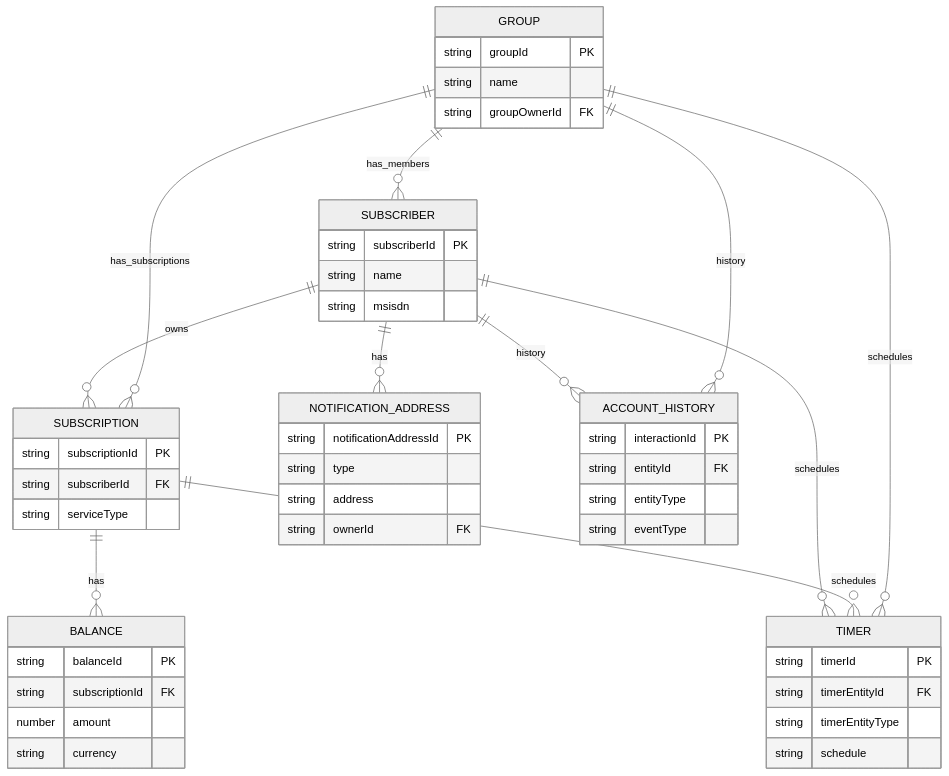
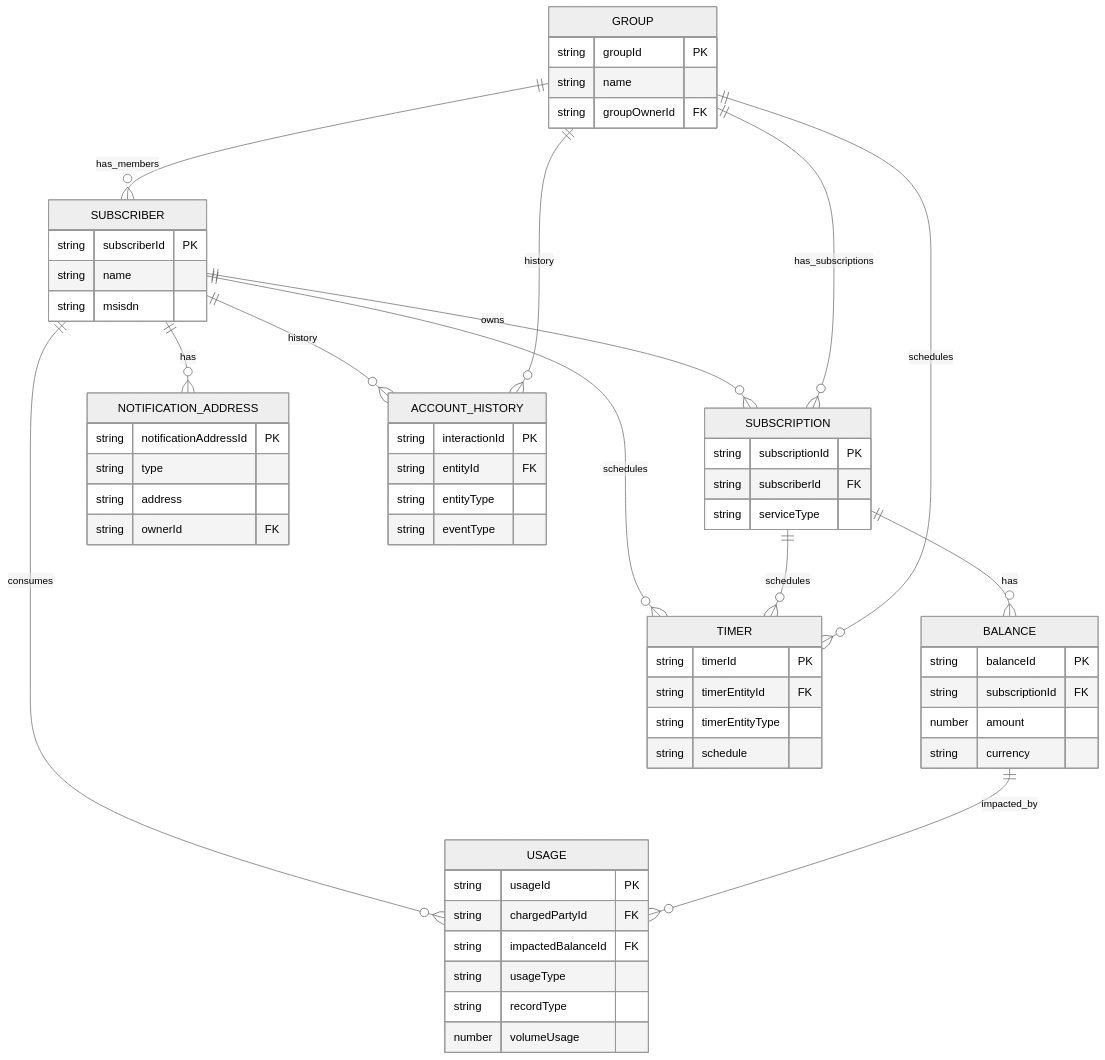
One commit to vasil-yosifov/mcp-prov-service changed the first of 2 diagrams in app-spec/data-model.md. Above: the diagram before and after it, drawn with Mermaid (neutral theme). The commit also changed other lines of this file and 4 other files, not shown here.

````diff
--- a/app-spec/data-model.md
+++ b/app-spec/data-model.md
@@ -81,53 +97,63 @@
 ```mermaid
 erDiagram
   SUBSCRIBER {
     string subscriberId PK
     string name
     string msisdn
   }
   SUBSCRIPTION {
     string subscriptionId PK
     string subscriberId FK
     string serviceType
   }
   BALANCE {
     string balanceId PK
     string subscriptionId FK
     number amount
     string currency
   }
   GROUP {
     string groupId PK
     string name
     string groupOwnerId FK
   }
   NOTIFICATION_ADDRESS {
     string notificationAddressId PK
     string type
     string address
     string ownerId FK
   }
   TIMER {
     string timerId PK
     string timerEntityId FK
     string timerEntityType
     string schedule
   }
   ACCOUNT_HISTORY {
     string interactionId PK
     string entityId FK
     string entityType
     string eventType
   }
+  USAGE {
+    string usageId PK
+    string chargedPartyId FK
+    string impactedBalanceId FK
+    string usageType
+    string recordType
+    number volumeUsage
+  }
 
   SUBSCRIBER ||--o{ SUBSCRIPTION : "owns"
   SUBSCRIPTION ||--o{ BALANCE : "has"
   SUBSCRIBER ||--o{ NOTIFICATION_ADDRESS : "has"
   GROUP ||--o{ SUBSCRIBER : "has_members"
   GROUP ||--o{ SUBSCRIPTION : "has_subscriptions"
   SUBSCRIBER ||--o{ TIMER : "schedules"
   SUBSCRIPTION ||--o{ TIMER : "schedules"
   GROUP ||--o{ TIMER : "schedules"
   SUBSCRIBER ||--o{ ACCOUNT_HISTORY : "history"
   GROUP ||--o{ ACCOUNT_HISTORY : "history"
+  SUBSCRIBER ||--o{ USAGE : "consumes"
+  BALANCE ||--o{ USAGE : "impacted_by"
 ```
````
